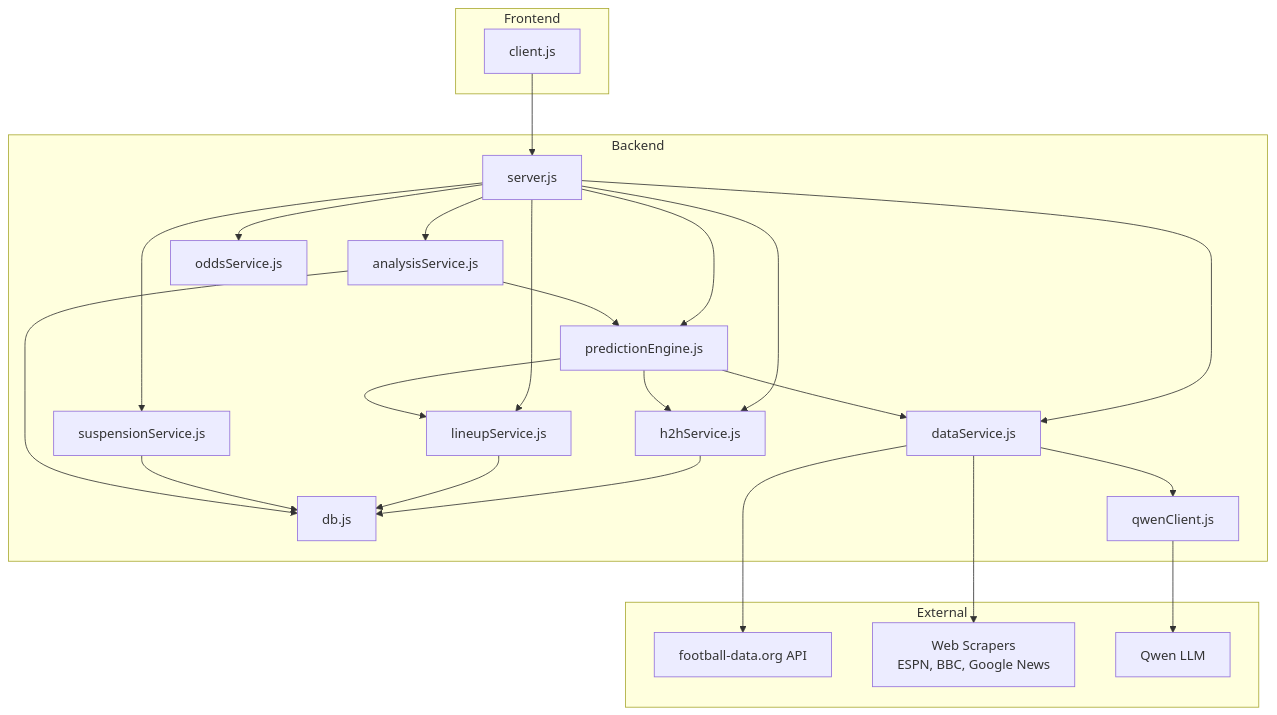
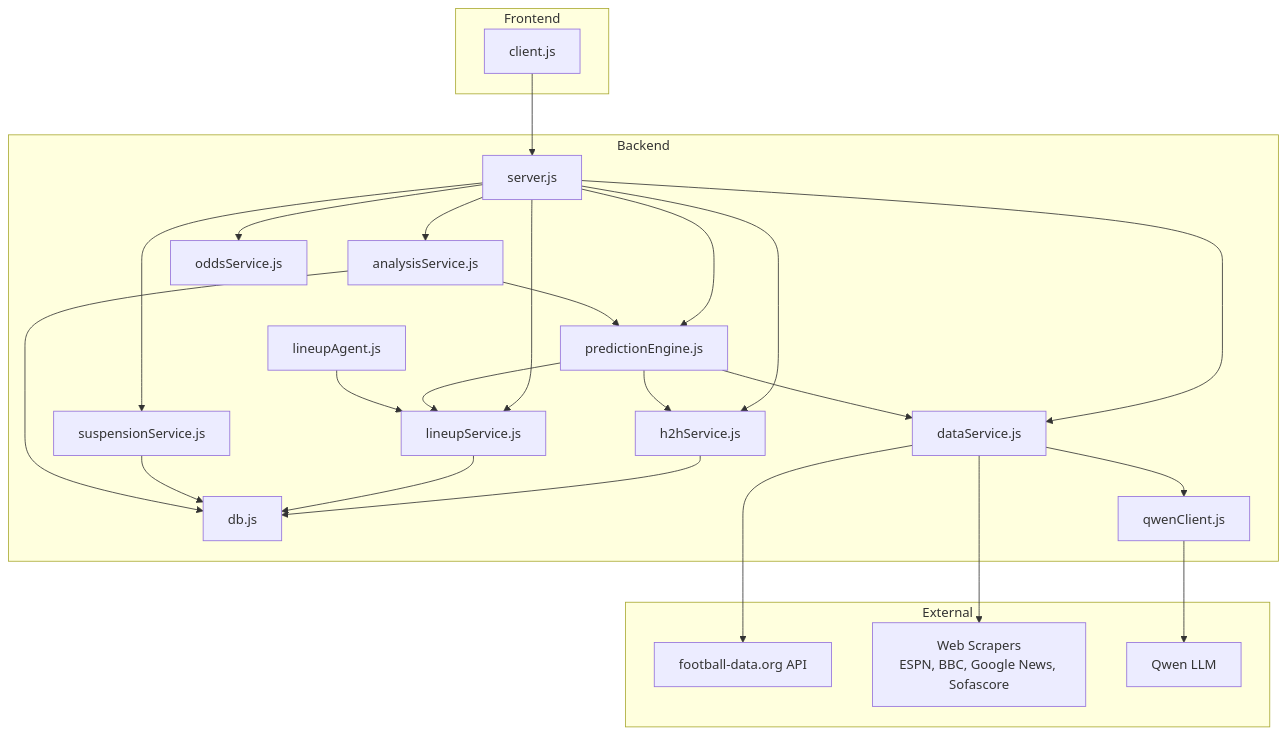
Before and after one commit to cheesiong/WC26-qwen: the first of 8 diagrams in .qoder/repowiki/en/content/Data Services/Data Services.md, drawn with Mermaid. The commit also changed other lines of this file and 22 other files, not shown here.

````diff
--- a/.qoder/repowiki/en/content/Data Services/Data Services.md
+++ b/.qoder/repowiki/en/content/Data Services/Data Services.md
@@ -44,43 +52,45 @@
 ```mermaid
 graph TB
 subgraph "Backend"
 DS["dataService.js"]
 H2HS["h2hService.js"]
 LS["lineupService.js"]
 SS["suspensionService.js"]
 PE["predictionEngine.js"]
 AS["analysisService.js"]
 DB["db.js"]
 QW["qwenClient.js"]
 OD["oddsService.js"]
 SVR["server.js"]
+LA["lineupAgent.js"]
 end
 subgraph "External"
 API["football-data.org API"]
-WEB["Web Scrapers<br/>ESPN, BBC, Google News"]
+WEB["Web Scrapers<br/>ESPN, BBC, Google News, Sofascore"]
 LLM["Qwen LLM"]
 end
 subgraph "Frontend"
 FE["client.js"]
 end
 FE --> SVR
 SVR --> DS
 SVR --> H2HS
 SVR --> LS
 SVR --> SS
 SVR --> PE
 SVR --> AS
 SVR --> OD
 DS --> API
 DS --> WEB
 DS --> QW
 H2HS --> DB
 LS --> DB
 SS --> DB
 PE --> DS
 PE --> H2HS
 PE --> LS
 AS --> PE
 AS --> DB
 QW --> LLM
+LA --> LS
 ```
````
